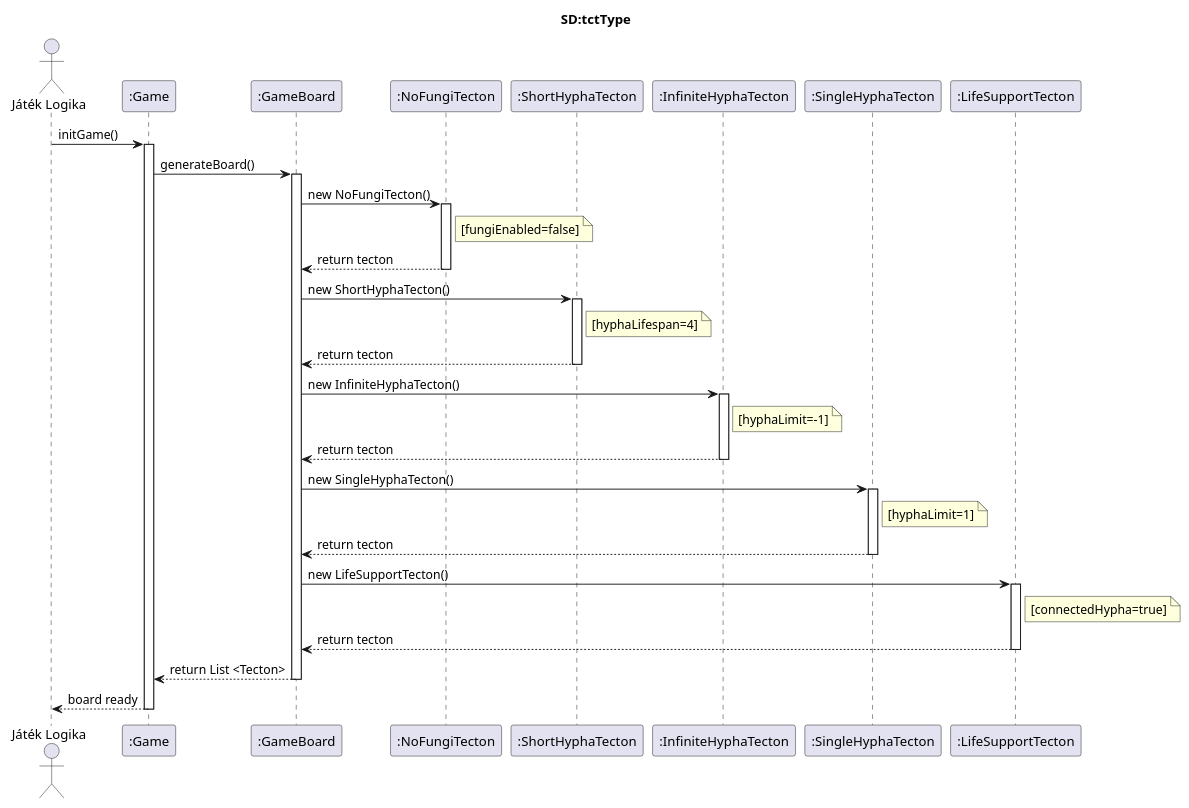
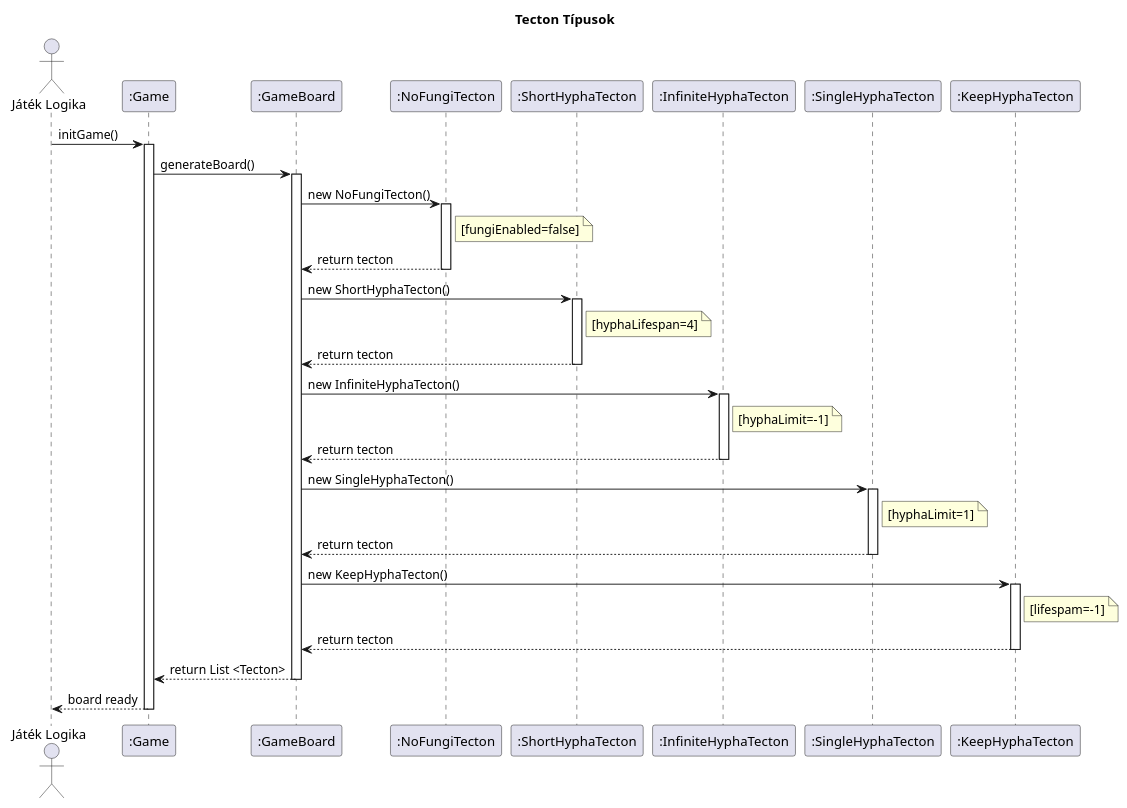
The diagram in docs/Sequence/Tekton-tipus.plantuml (hujberhunor/SzomiSztegoProjlab), drawn with PlantUML before and after one commit. The commit also changed 6 other files, not shown here.

```diff
--- a/docs/Sequence/Tekton-tipus.plantuml
+++ b/docs/Sequence/Tekton-tipus.plantuml
@@ -1,55 +1,55 @@
 @startuml SD_tctType
 
-title SD:tctType
+title Tecton Típusok
 
 actor "Játék Logika" as JatekLogika
 participant ":Game" as Game
 participant ":GameBoard" as GameBoard
 participant ":NoFungiTecton" as NoFungiTecton
 participant ":ShortHyphaTecton" as ShortHyphaTecton
 participant ":InfiniteHyphaTecton" as InfiniteHyphaTecton
 participant ":SingleHyphaTecton" as SingleHyphaTecton
-participant ":LifeSupportTecton" as LifeSupportTecton
+participant ":KeepHyphaTecton" as KeepHyphaTecton
 
 JatekLogika -> Game: initGame()
 activate Game
 
 Game -> GameBoard: generateBoard()
 activate GameBoard
 
 GameBoard -> NoFungiTecton: new NoFungiTecton()
 activate NoFungiTecton
 note right of NoFungiTecton: [fungiEnabled=false]
 NoFungiTecton --> GameBoard: return tecton
 deactivate NoFungiTecton
 
 GameBoard -> ShortHyphaTecton: new ShortHyphaTecton()
 activate ShortHyphaTecton
 note right of ShortHyphaTecton: [hyphaLifespan=4]
 ShortHyphaTecton --> GameBoard: return tecton
 deactivate ShortHyphaTecton
 
 GameBoard -> InfiniteHyphaTecton: new InfiniteHyphaTecton()
 activate InfiniteHyphaTecton
 note right of InfiniteHyphaTecton: [hyphaLimit=-1]
 InfiniteHyphaTecton --> GameBoard: return tecton
 deactivate InfiniteHyphaTecton
 
 GameBoard -> SingleHyphaTecton: new SingleHyphaTecton()
 activate SingleHyphaTecton
 note right of SingleHyphaTecton: [hyphaLimit=1]
 SingleHyphaTecton --> GameBoard: return tecton
 deactivate SingleHyphaTecton
 
-GameBoard -> LifeSupportTecton: new LifeSupportTecton()
-activate LifeSupportTecton
-note right of LifeSupportTecton: [connectedHypha=true]
-LifeSupportTecton --> GameBoard: return tecton
-deactivate LifeSupportTecton
+GameBoard -> KeepHyphaTecton: new KeepHyphaTecton()
+activate KeepHyphaTecton
+note right of KeepHyphaTecton: [lifespam=-1]
+KeepHyphaTecton --> GameBoard: return tecton
+deactivate KeepHyphaTecton
 
 GameBoard --> Game: return List <Tecton>
 deactivate GameBoard
 
 Game --> JatekLogika: board ready
 deactivate Game
 @enduml
```
